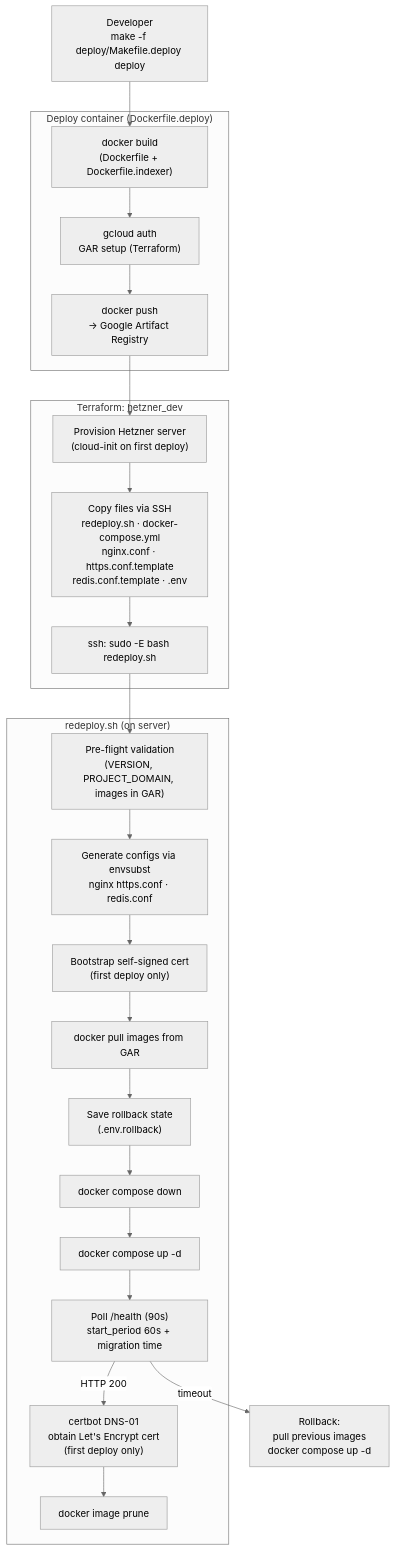
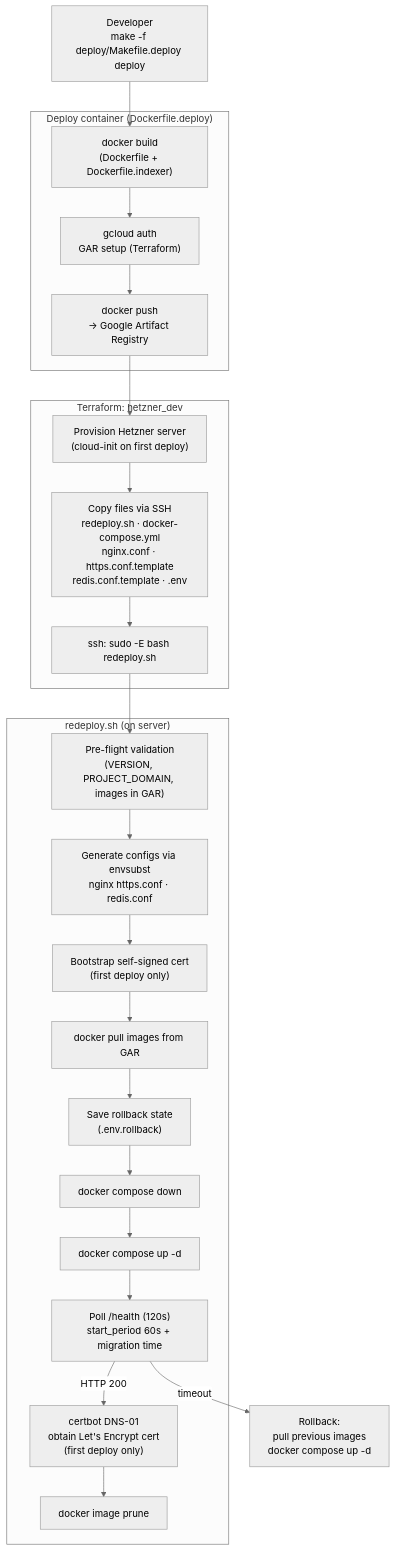
The second of 2 diagrams in docs/design/deployment_diagram.md (Dark-Knight2026/Casper-Buildathon-2026), drawn with Mermaid (neutral theme) before and after one commit. The commit also changed other lines of this file and 16 other files, not shown here.

````diff
--- a/docs/design/deployment_diagram.md
+++ b/docs/design/deployment_diagram.md
@@ -68,49 +68,49 @@
 ```mermaid
 flowchart TD
     DEV["Developer<br/>make -f deploy/Makefile.deploy deploy"]
 
     subgraph "Deploy container (Dockerfile.deploy)"
         BUILD["docker build<br/>(Dockerfile + Dockerfile.indexer)"]
         GCPAUTH["gcloud auth<br/>GAR setup (Terraform)"]
-        PUSH["docker push<br/>→ Google Artifact Registry"]
+        PUSH["docker push<br/>-> Google Artifact Registry"]
     end
 
     subgraph "Terraform: hetzner_dev"
         TF_SERVER["Provision Hetzner server<br/>(cloud-init on first deploy)"]
         TF_FILES["Copy files via SSH<br/>redeploy.sh · docker-compose.yml<br/>nginx.conf · https.conf.template<br/>redis.conf.template · .env"]
         TF_RUN["ssh: sudo -E bash redeploy.sh"]
     end
 
     subgraph "redeploy.sh (on server)"
         PREFLIGHT["Pre-flight validation<br/>(VERSION, PROJECT_DOMAIN, images in GAR)"]
         GENCONF["Generate configs via envsubst<br/>nginx https.conf · redis.conf"]
         CERT["Bootstrap self-signed cert<br/>(first deploy only)"]
         PULL["docker pull images from GAR"]
         ROLLBACK_SAVE["Save rollback state<br/>(.env.rollback)"]
         DOWN["docker compose down"]
         UP["docker compose up -d"]
-        HEALTHCHECK["Poll /health (90s)<br/>start_period 60s + migration time"]
+        HEALTHCHECK["Poll /health (120s)<br/>start_period 60s + migration time"]
         CERTBOT["certbot DNS-01<br/>obtain Let's Encrypt cert<br/>(first deploy only)"]
         PRUNE["docker image prune"]
     end
 
     ROLLBACK["Rollback:<br/>pull previous images<br/>docker compose up -d"]
 
     DEV --> BUILD
     BUILD --> GCPAUTH
     GCPAUTH --> PUSH
     PUSH --> TF_SERVER
     TF_SERVER --> TF_FILES
     TF_FILES --> TF_RUN
     TF_RUN --> PREFLIGHT
     PREFLIGHT --> GENCONF
     GENCONF --> CERT
     CERT --> PULL
     PULL --> ROLLBACK_SAVE
     ROLLBACK_SAVE --> DOWN
     DOWN --> UP
     UP --> HEALTHCHECK
     HEALTHCHECK -->|"HTTP 200"| CERTBOT
     HEALTHCHECK -->|"timeout"| ROLLBACK
     CERTBOT --> PRUNE
 ```
````
